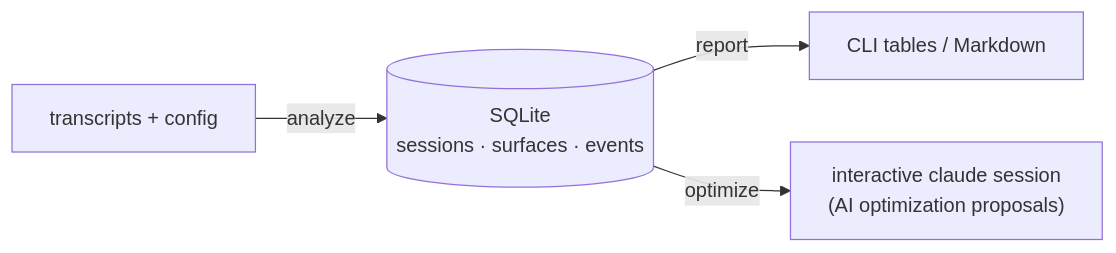
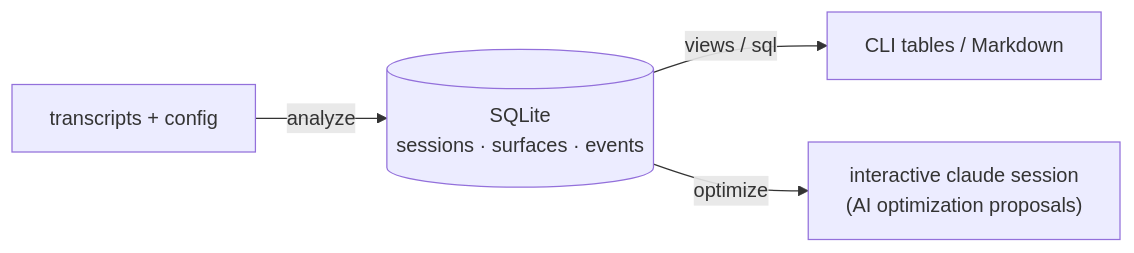
The first of 3 diagrams in docs/specs/architecture.md (lambdalisue/cclens), drawn with Mermaid before and after one commit. The commit also changed other lines of this file and 9 other files, not shown here.

````diff
--- a/docs/specs/architecture.md
+++ b/docs/specs/architecture.md
@@ -29,6 +29,6 @@
 ```mermaid
 flowchart LR
     raw["transcripts + config"] -->|analyze| db[("SQLite<br/>sessions · surfaces · events")]
-    db -->|report| out["CLI tables / Markdown"]
+    db -->|views / sql| out["CLI tables / Markdown"]
     db -->|optimize| ai["interactive claude session<br/>(AI optimization proposals)"]
 ```
````
